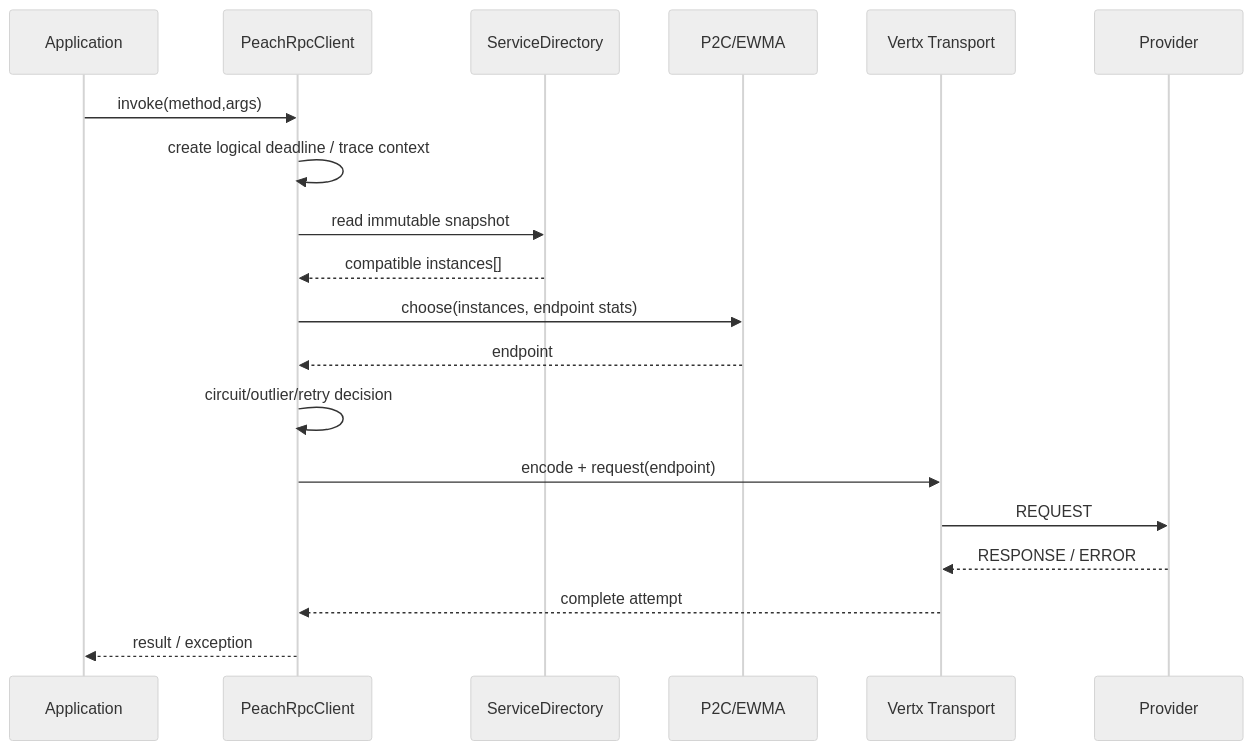
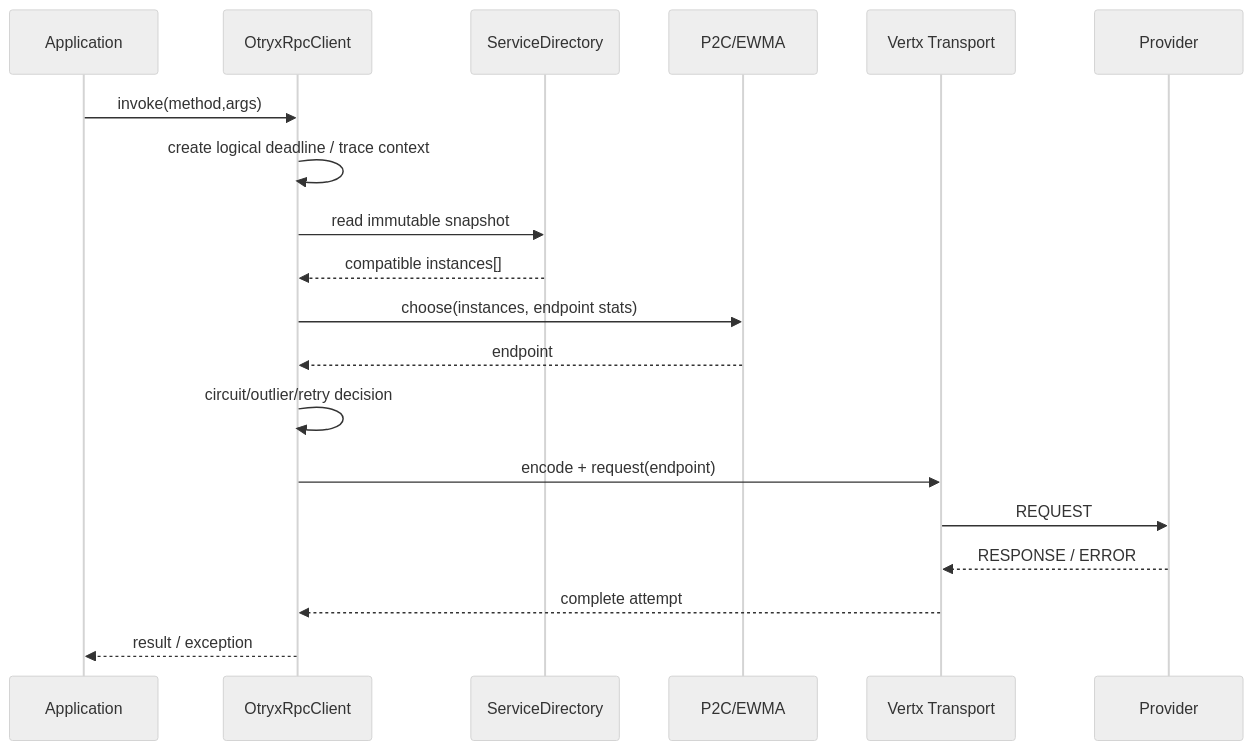
Before and after one commit to Ryan-Guizhou/peach-rpc: the first of 7 diagrams in docs/detailed-design.md, drawn with Mermaid (neutral theme). The commit also changed other lines of this file and 339 other files, not shown here.

````diff
--- a/docs/detailed-design.md
+++ b/docs/detailed-design.md
@@ -7,22 +7,22 @@
 ```mermaid
 sequenceDiagram
     participant A as Application
-    participant C as PeachRpcClient
+    participant C as OtryxRpcClient
     participant D as ServiceDirectory
     participant L as P2C/EWMA
     participant T as Vertx Transport
     participant P as Provider
 
     A->>C: invoke(method,args)
     C->>C: create logical deadline / trace context
     C->>D: read immutable snapshot
     D-->>C: compatible instances[]
     C->>L: choose(instances, endpoint stats)
     L-->>C: endpoint
     C->>C: circuit/outlier/retry decision
     C->>T: encode + request(endpoint)
     T->>P: REQUEST
     P-->>T: RESPONSE / ERROR
     T-->>C: complete attempt
     C-->>A: result / exception
 ```
````
